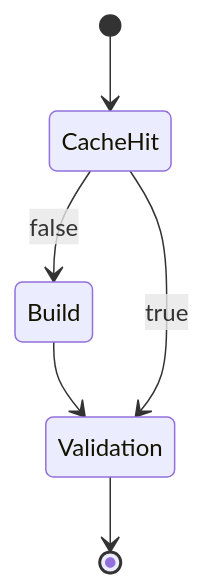
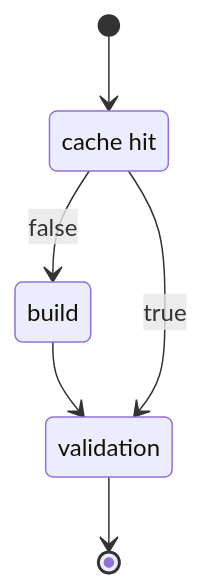
The second of 2 diagrams in .github/workflows/workflow-readme.md (synthetik-technologies/blastfoam), drawn with Mermaid before and after one commit.

Commit message:
docs: update formatting

````diff
--- a/.github/workflows/workflow-readme.md
+++ b/.github/workflows/workflow-readme.md
@@ -35,8 +35,9 @@
 ```mermaid
   stateDiagram-v2
-  [*] --> CacheHit
-  CacheHit --> Build: false
-  Build --> Validation
-  CacheHit --> Validation: true
-  Validation --> [*]
+  state "cache hit" as ch
+  [*] --> ch
+  ch --> build: false
+  build --> validation
+  ch --> validation: true
+  validation --> [*]
 ```
````
